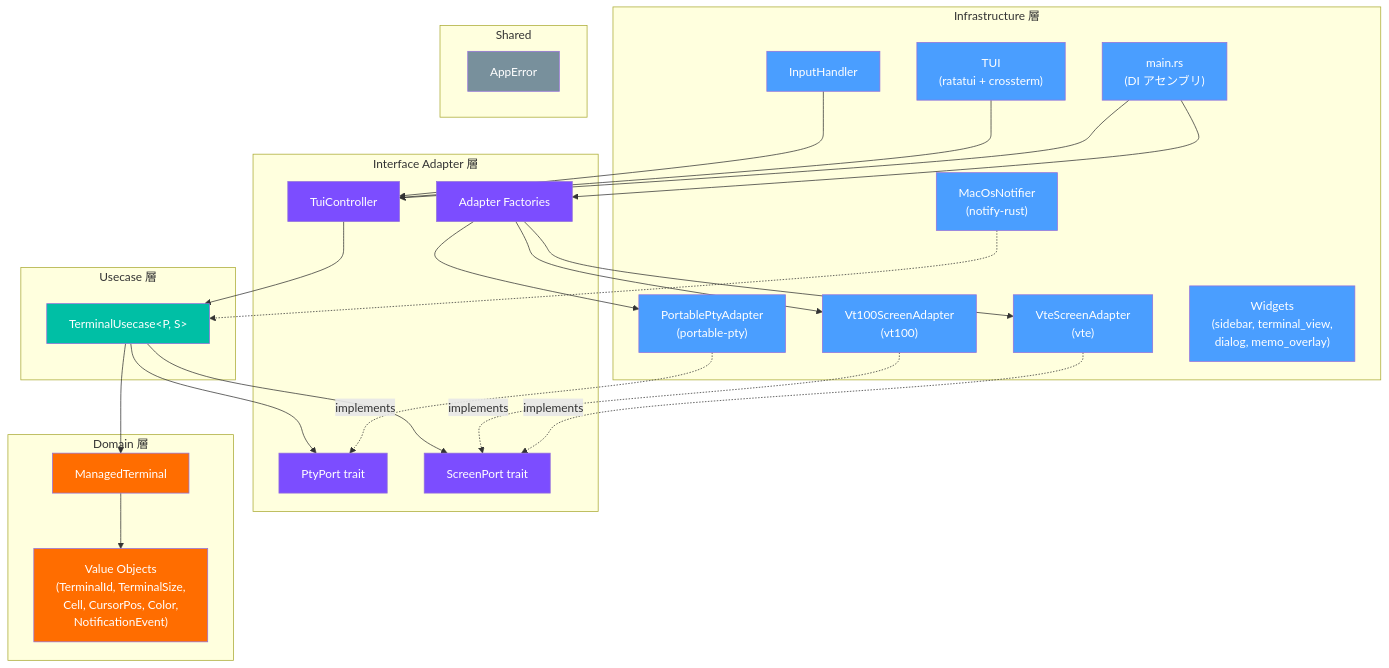
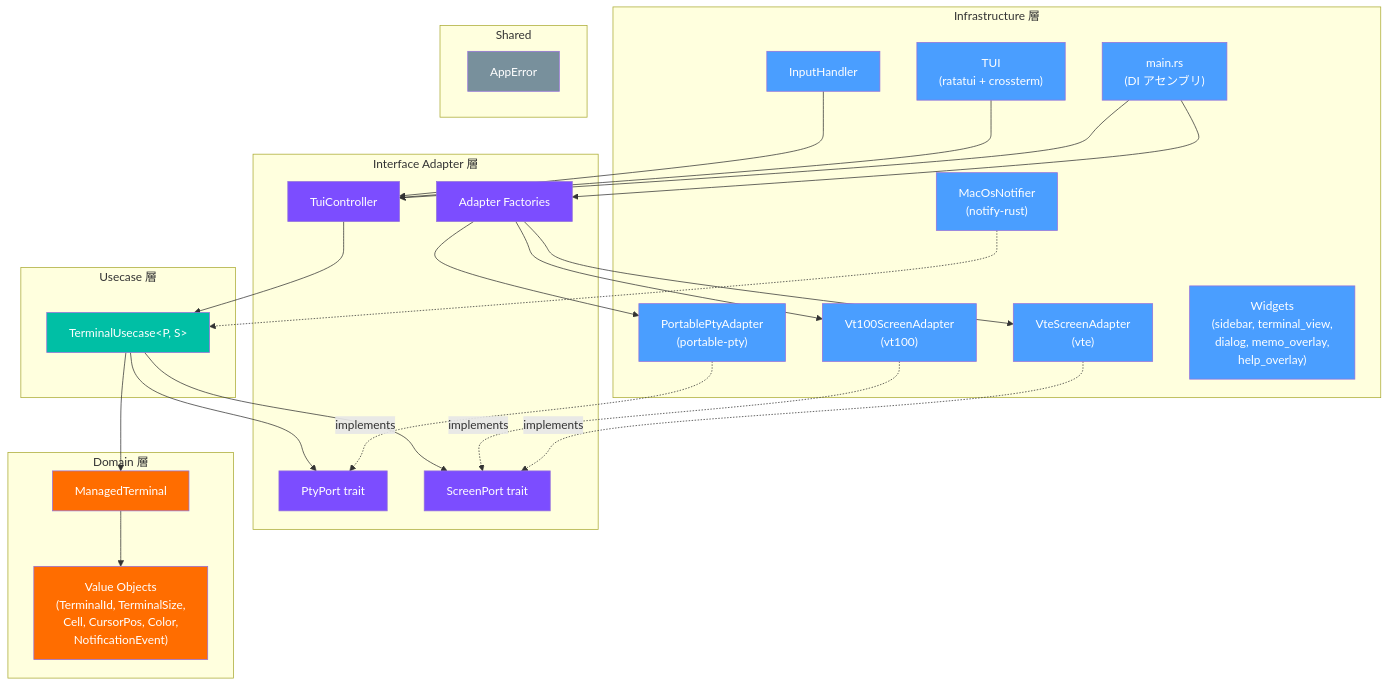
The fourth of 6 diagrams in README.md (Kobayashi-takumi/cli-manager), drawn with Mermaid before and after one commit. The commit also changed other lines of this file and 6 other files, not shown here.

Commit message:
Add help overlay feature (Phase 12) and update README

````diff
--- a/README.md
+++ b/README.md
@@ -257,67 +265,67 @@
 ```mermaid
 graph TD
     subgraph "Infrastructure 層"
         MAIN["main.rs<br/>(DI アセンブリ)"]
         PTY["PortablePtyAdapter<br/>(portable-pty)"]
         VTE["VteScreenAdapter<br/>(vte)"]
         VT100["Vt100ScreenAdapter<br/>(vt100)"]
         TUI["TUI<br/>(ratatui + crossterm)"]
         INPUT["InputHandler"]
-        WIDGETS["Widgets<br/>(sidebar, terminal_view,<br/>dialog, memo_overlay)"]
+        WIDGETS["Widgets<br/>(sidebar, terminal_view,<br/>dialog, memo_overlay,<br/>help_overlay)"]
         NOTIF["MacOsNotifier<br/>(notify-rust)"]
     end
 
     subgraph "Interface Adapter 層"
         CTRL["TuiController"]
         PTYPORT["PtyPort trait"]
         SCRPORT["ScreenPort trait"]
         FACTORY["Adapter Factories"]
     end
 
     subgraph "Usecase 層"
         UC["TerminalUsecase&lt;P, S&gt;"]
     end
 
     subgraph "Domain 層"
         ENT["ManagedTerminal"]
         VO["Value Objects<br/>(TerminalId, TerminalSize,<br/>Cell, CursorPos, Color,<br/>NotificationEvent)"]
     end
 
     subgraph "Shared"
         ERR["AppError"]
     end
 
     MAIN --> CTRL
     MAIN --> FACTORY
     FACTORY --> PTY
     FACTORY --> VTE
     FACTORY --> VT100
     TUI --> CTRL
     INPUT --> CTRL
     CTRL --> UC
     PTY -.->|implements| PTYPORT
     VTE -.->|implements| SCRPORT
     VT100 -.->|implements| SCRPORT
     UC --> PTYPORT
     UC --> SCRPORT
     UC --> ENT
     ENT --> VO
     NOTIF -.-> UC
 
     style MAIN fill:#4a9eff,color:#fff
     style PTY fill:#4a9eff,color:#fff
     style VTE fill:#4a9eff,color:#fff
     style VT100 fill:#4a9eff,color:#fff
     style TUI fill:#4a9eff,color:#fff
     style INPUT fill:#4a9eff,color:#fff
     style WIDGETS fill:#4a9eff,color:#fff
     style NOTIF fill:#4a9eff,color:#fff
     style CTRL fill:#7c4dff,color:#fff
     style PTYPORT fill:#7c4dff,color:#fff
     style SCRPORT fill:#7c4dff,color:#fff
     style FACTORY fill:#7c4dff,color:#fff
     style UC fill:#00bfa5,color:#fff
     style ENT fill:#ff6d00,color:#fff
     style VO fill:#ff6d00,color:#fff
     style ERR fill:#78909c,color:#fff
 ```
````
